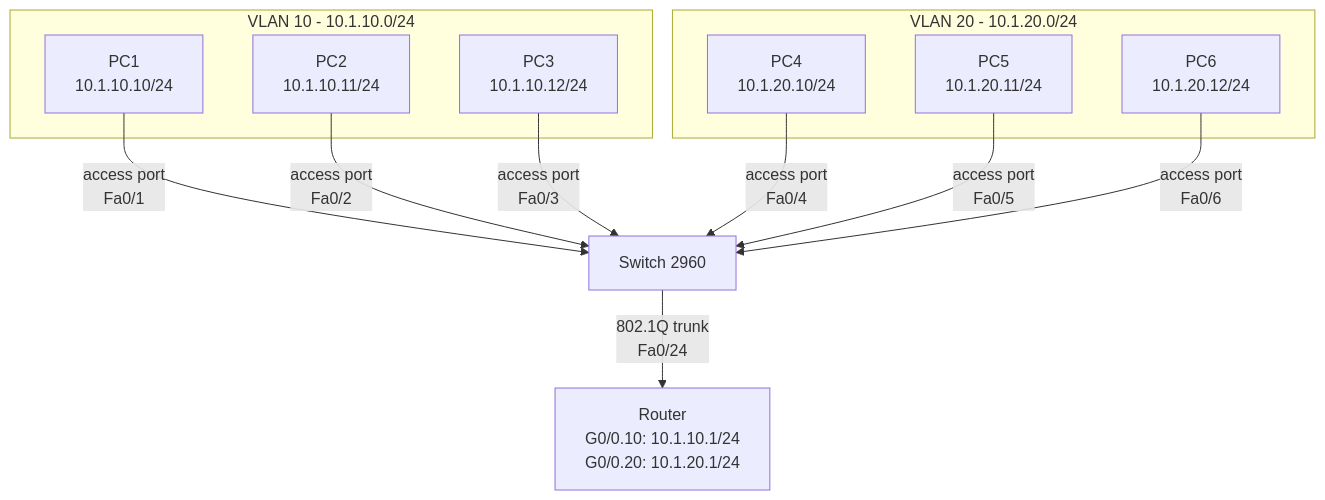
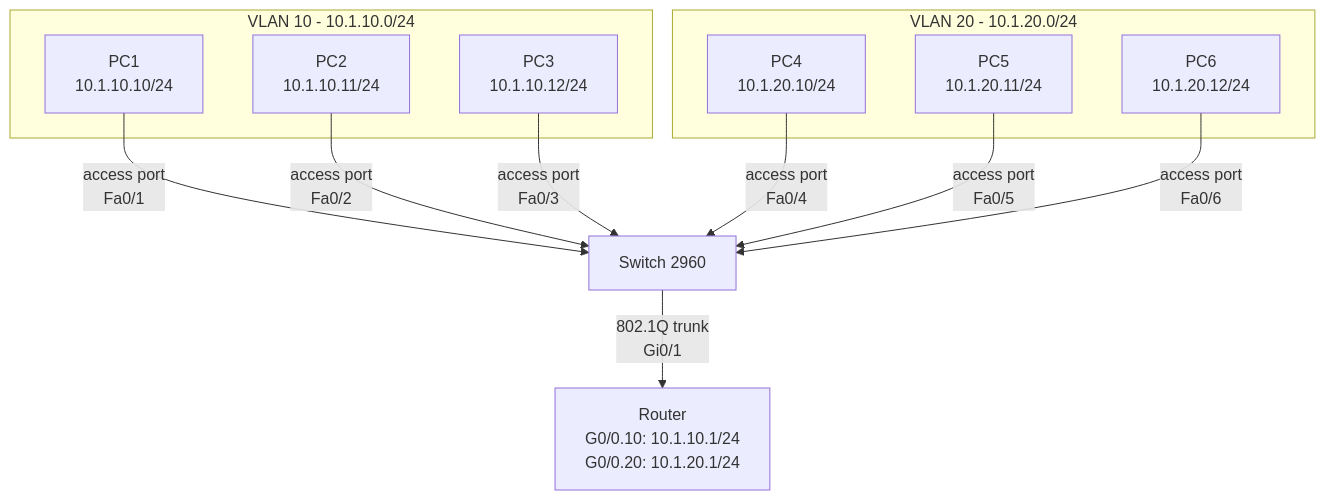
One commit to rick-homelab/ccna-handson-labs changed the first of 3 diagrams in project-5/README.md. Above: the diagram before and after it, drawn with Mermaid. The commit also changed other lines of this file, not shown here.

````diff
--- a/project-5/README.md
+++ b/project-5/README.md
@@ -50,25 +50,25 @@
 ```mermaid
 graph TB
     R[Router<br/>G0/0.10: 10.1.10.1/24<br/>G0/0.20: 10.1.20.1/24]
     SW[Switch 2960]
     
     subgraph "VLAN 10 - 10.1.10.0/24"
         PC1[PC1<br/>10.1.10.10/24]
         PC2[PC2<br/>10.1.10.11/24]
         PC3[PC3<br/>10.1.10.12/24]
     end
     
     subgraph "VLAN 20 - 10.1.20.0/24"
         PC4[PC4<br/>10.1.20.10/24]
         PC5[PC5<br/>10.1.20.11/24]
         PC6[PC6<br/>10.1.20.12/24]
     end
     
     PC1 -->|access port<br/>Fa0/1| SW
     PC2 -->|access port<br/>Fa0/2| SW
     PC3 -->|access port<br/>Fa0/3| SW
     PC4 -->|access port<br/>Fa0/4| SW
     PC5 -->|access port<br/>Fa0/5| SW
     PC6 -->|access port<br/>Fa0/6| SW
-    SW -->|802.1Q trunk<br/>Fa0/24| R
+    SW -->|802.1Q trunk<br/>Gi0/1| R
 ```
````
